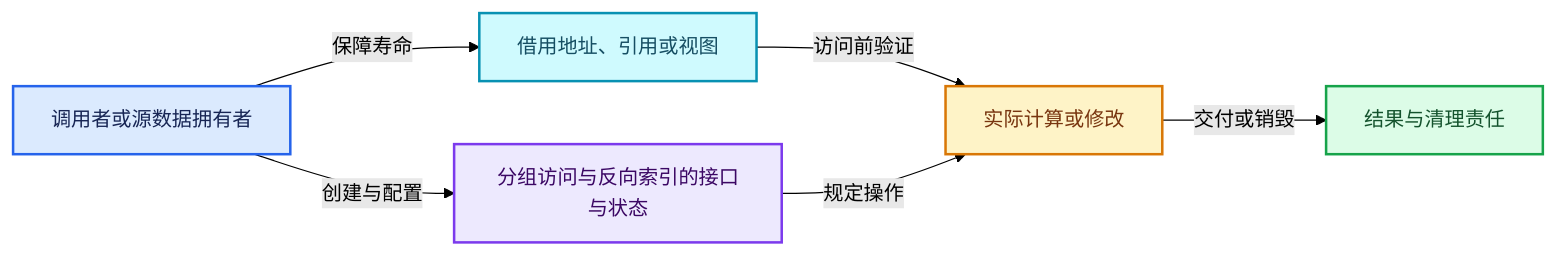
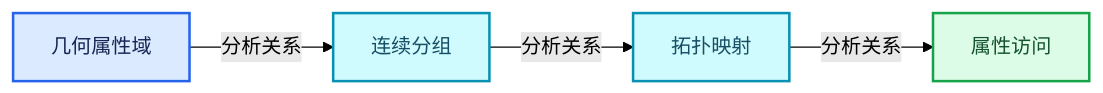
The third of 4 diagrams in 杂/markdown/全面学习-codex/05-几何存储与拓扑映射/07-分组访问与反向索引.md (yunkezengren/blender-.vscode), drawn with Mermaid (forest theme) before and after one commit. The commit also changed other lines of this file and 1930 other files, not shown here.

````diff
--- a/杂/markdown/全面学习-codex/05-几何存储与拓扑映射/07-分组访问与反向索引.md
+++ b/杂/markdown/全面学习-codex/05-几何存储与拓扑映射/07-分组访问与反向索引.md
@@ -761,19 +64,16 @@
 ```mermaid
 flowchart LR
-  O["调用者或源数据拥有者"]:::input
-  V["分组访问与反向索引的接口与状态"]:::abstraction
-  B["借用地址、引用或视图"]:::data
-  W["实际计算或修改"]:::compute
-  R["结果与清理责任"]:::result
-  O -->|"创建与配置"| V
-  O -->|"保障寿命"| B
-  B -->|"访问前验证"| W
-  V -->|"规定操作"| W
-  W -->|"交付或销毁"| R
+  P0["几何属性域"]:::input
+  P1["连续分组"]:::data
+  P2["拓扑映射"]:::data
+  P3["属性访问"]:::result
+  P0 -->|"分析关系"| P1
+  P1 -->|"分析关系"| P2
+  P2 -->|"分析关系"| P3
   classDef input fill:#DBEAFE,stroke:#2563EB,color:#172554,stroke-width:2px;
   classDef data fill:#CFFAFE,stroke:#0891B2,color:#164E63,stroke-width:2px;
   classDef abstraction fill:#EDE9FE,stroke:#7C3AED,color:#3B0764,stroke-width:2px;
   classDef compute fill:#FEF3C7,stroke:#D97706,color:#78350F,stroke-width:2px;
   classDef result fill:#DCFCE7,stroke:#16A34A,color:#14532D,stroke-width:2px;
   classDef error fill:#FEE2E2,stroke:#DC2626,color:#7F1D1D,stroke-width:2px;
 ```
````
